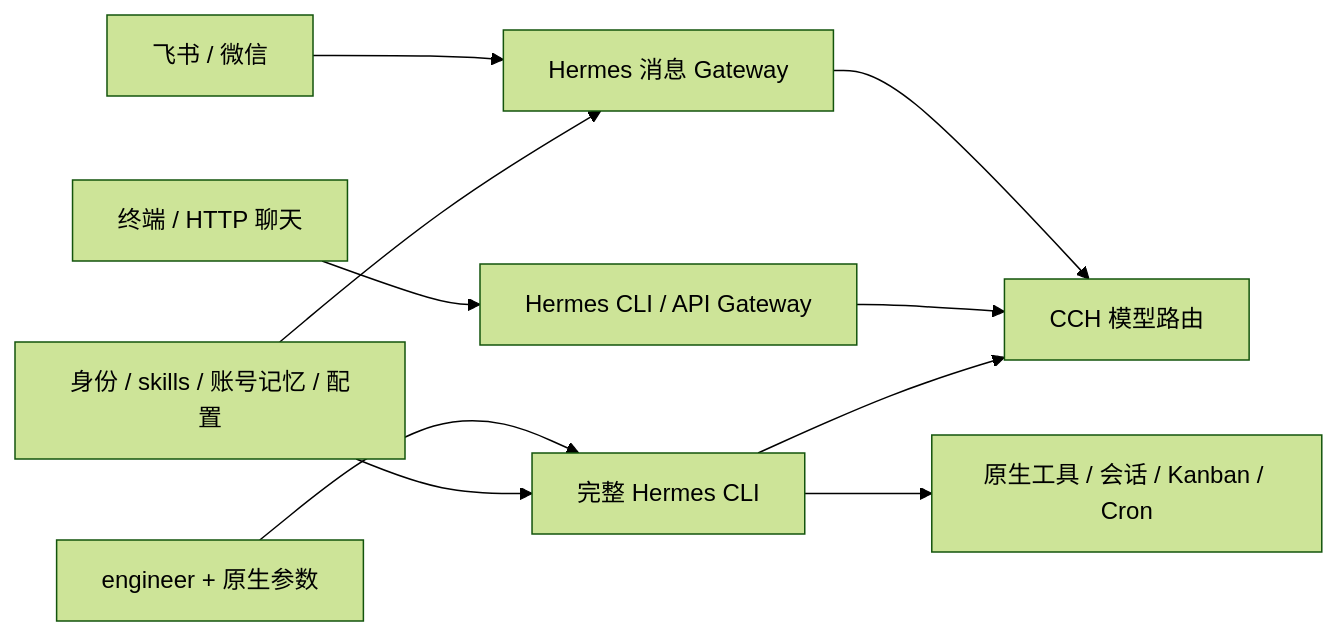
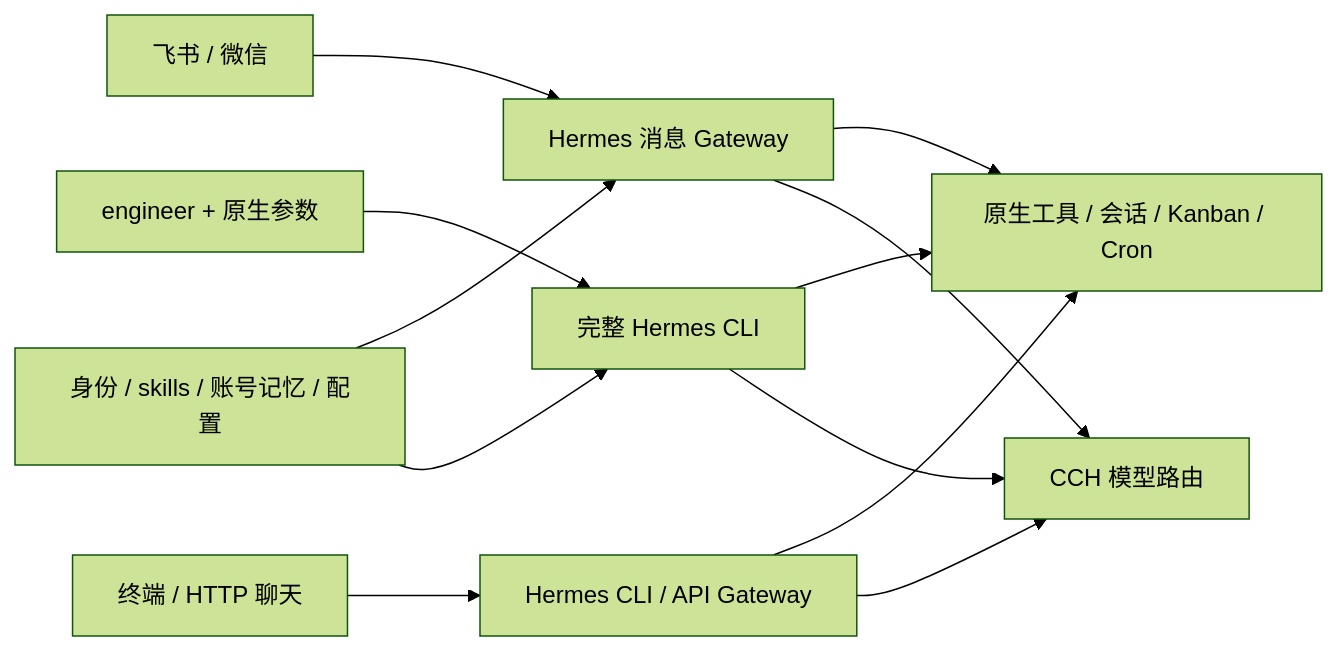
The diagram in docs/architecture/README.md (Ceng-0324/MIKASA), drawn with Mermaid (forest theme) before and after one commit. The commit also changed other lines of this file and 25 other files, not shown here.

Commit message:
feat: run chat engineering through native Hermes tools

````diff
--- a/docs/architecture/README.md
+++ b/docs/architecture/README.md
@@ -5,12 +5,14 @@
 ```mermaid
 flowchart LR
     Messaging[飞书 / 微信] --> Gateway[Hermes 消息 Gateway]
     Chat[终端 / HTTP 聊天] --> NativeChat[Hermes CLI / API Gateway]
     Engineer[engineer + 原生参数] --> CLI[完整 Hermes CLI]
     CLI --> Tools[原生工具 / 会话 / Kanban / Cron]
+    Gateway --> Tools
+    NativeChat --> Tools
     Gateway --> CCH[CCH 模型路由]
     NativeChat --> CCH
     CLI --> CCH
     Mikasa[身份 / skills / 账号记忆 / 配置] --> Gateway
     Mikasa --> CLI
 ```
````
